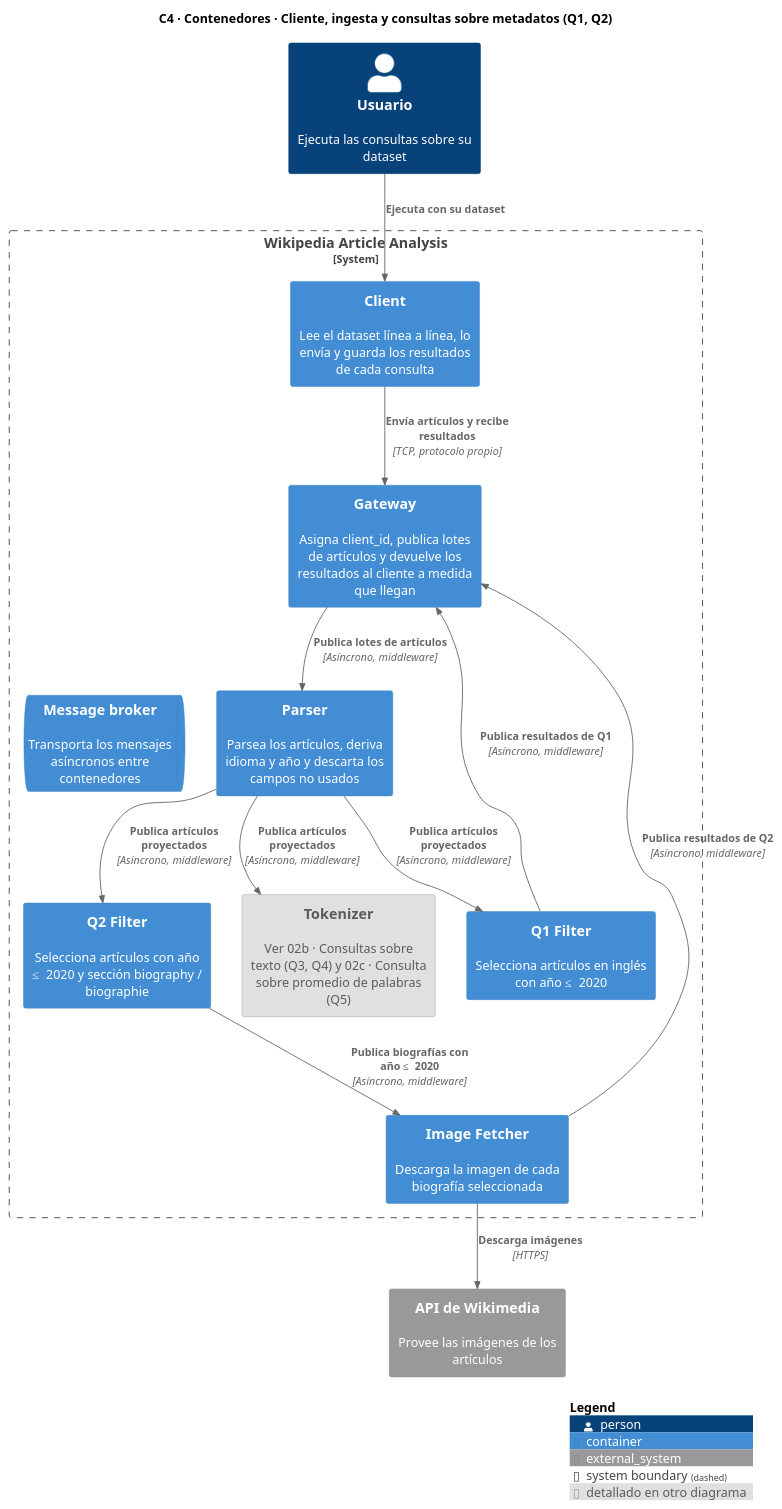
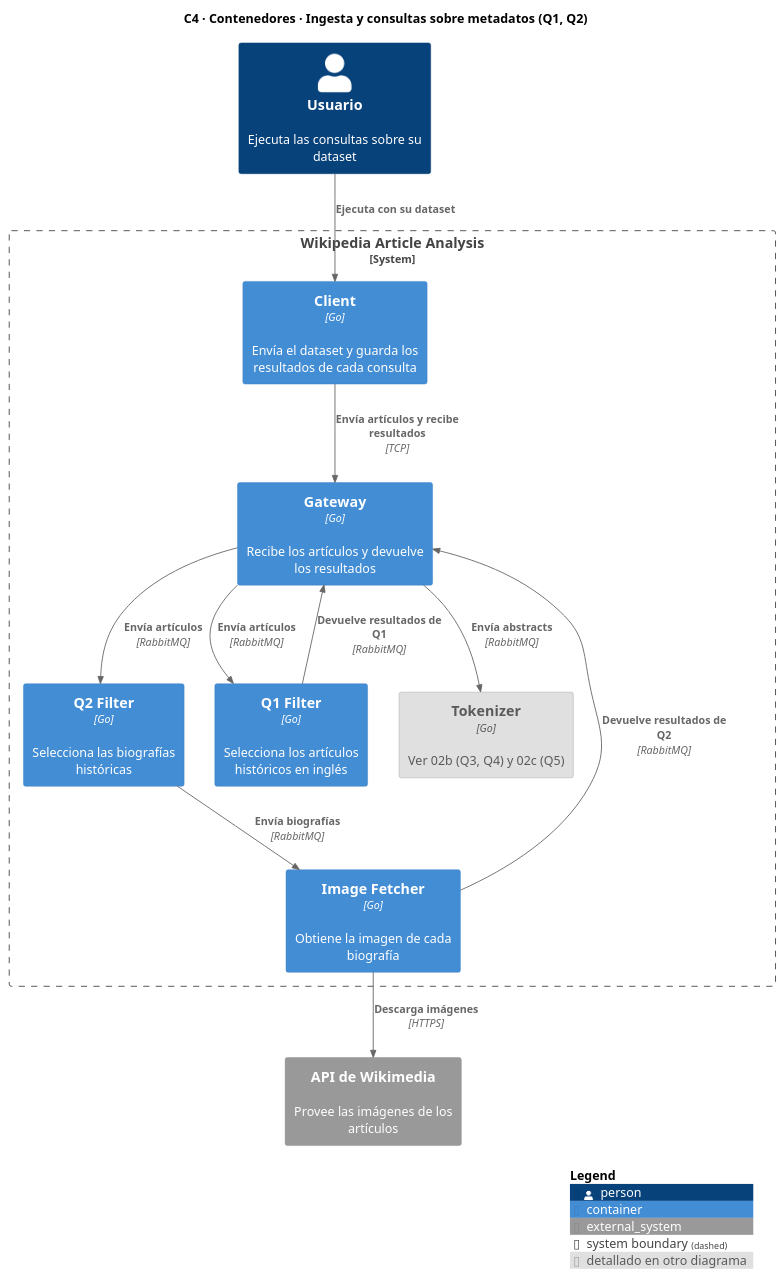
The diagram in Diagramas/C4Model/02a-contenedores-ingesta-metadatos.puml (NicoPodesta/trabajo-final-distribuidos), drawn with PlantUML before and after one commit. The commit also changed 7 other files, not shown here.

```diff
--- a/Diagramas/C4Model/02a-contenedores-ingesta-metadatos.puml
+++ b/Diagramas/C4Model/02a-contenedores-ingesta-metadatos.puml
@@ -1,36 +1,31 @@
 @startuml 02a-contenedores-ingesta-metadatos
 !include <C4/C4_Container>
 
 AddElementTag("ref", $bgColor="#e0e0e0", $fontColor="#5a5a5a", $borderColor="#9e9e9e", $legendText="detallado en otro diagrama")
 
-title C4 · Contenedores · Cliente, ingesta y consultas sobre metadatos (Q1, Q2)
+title C4 · Contenedores · Ingesta y consultas sobre metadatos (Q1, Q2)
 
 Person(usuario, "Usuario", "Ejecuta las consultas sobre su dataset")
 System_Ext(wikimedia, "API de Wikimedia", "Provee las imágenes de los artículos")
 
 System_Boundary(sistema, "Wikipedia Article Analysis") {
-    Container(client, "Client", "", "Lee el dataset línea a línea, lo envía y guarda los resultados de cada consulta")
-    Container(gateway, "Gateway", "", "Asigna client_id, publica lotes de artículos y devuelve los resultados al cliente a medida que llegan")
-    ContainerQueue(broker, "Message broker", "", "Transporta los mensajes asíncronos entre contenedores")
-    Container(parser, "Parser", "", "Parsea los artículos, deriva idioma y año y descarta los campos no usados")
-    Container(q1, "Q1 Filter", "", "Selecciona artículos en inglés con año ≤ 2020")
-    Container(q2, "Q2 Filter", "", "Selecciona artículos con año ≤ 2020 y sección biography / biographie")
-    Container(img, "Image Fetcher", "", "Descarga la imagen de cada biografía seleccionada")
-    Container(tokenizer, "Tokenizer", "", "Ver 02b · Consultas sobre texto (Q3, Q4) y 02c · Consulta sobre promedio de palabras (Q5)", $tags="ref")
+    Container(client, "Client", "Go", "Envía el dataset y guarda los resultados de cada consulta")
+    Container(gateway, "Gateway", "Go", "Recibe los artículos y devuelve los resultados")
+    Container(q1, "Q1 Filter", "Go", "Selecciona los artículos históricos en inglés")
+    Container(q2, "Q2 Filter", "Go", "Selecciona las biografías históricas")
+    Container(img, "Image Fetcher", "Go", "Obtiene la imagen de cada biografía")
+    Container(tokenizer, "Tokenizer", "Go", "Ver 02b (Q3, Q4) y 02c (Q5)", $tags="ref")
 }
 
 Rel(usuario, client, "Ejecuta con su dataset")
-Rel(client, gateway, "Envía artículos y recibe resultados", "TCP, protocolo propio")
-Rel(gateway, parser, "Publica lotes de artículos", "Asíncrono, middleware")
-Rel(parser, q1, "Publica artículos proyectados", "Asíncrono, middleware")
-Rel(parser, q2, "Publica artículos proyectados", "Asíncrono, middleware")
-Rel(parser, tokenizer, "Publica artículos proyectados", "Asíncrono, middleware")
-Rel(q2, img, "Publica biografías con año ≤ 2020", "Asíncrono, middleware")
+Rel(client, gateway, "Envía artículos y recibe resultados", "TCP")
+Rel(gateway, q1, "Envía artículos", "RabbitMQ")
+Rel(gateway, q2, "Envía artículos", "RabbitMQ")
+Rel(gateway, tokenizer, "Envía abstracts", "RabbitMQ")
+Rel(q2, img, "Envía biografías", "RabbitMQ")
 Rel(img, wikimedia, "Descarga imágenes", "HTTPS")
-Rel(q1, gateway, "Publica resultados de Q1", "Asíncrono, middleware")
-Rel(img, gateway, "Publica resultados de Q2", "Asíncrono, middleware")
-
-Lay_D(gateway, broker)
+Rel(q1, gateway, "Devuelve resultados de Q1", "RabbitMQ")
+Rel(img, gateway, "Devuelve resultados de Q2", "RabbitMQ")
 
 SHOW_LEGEND()
 @enduml
```
